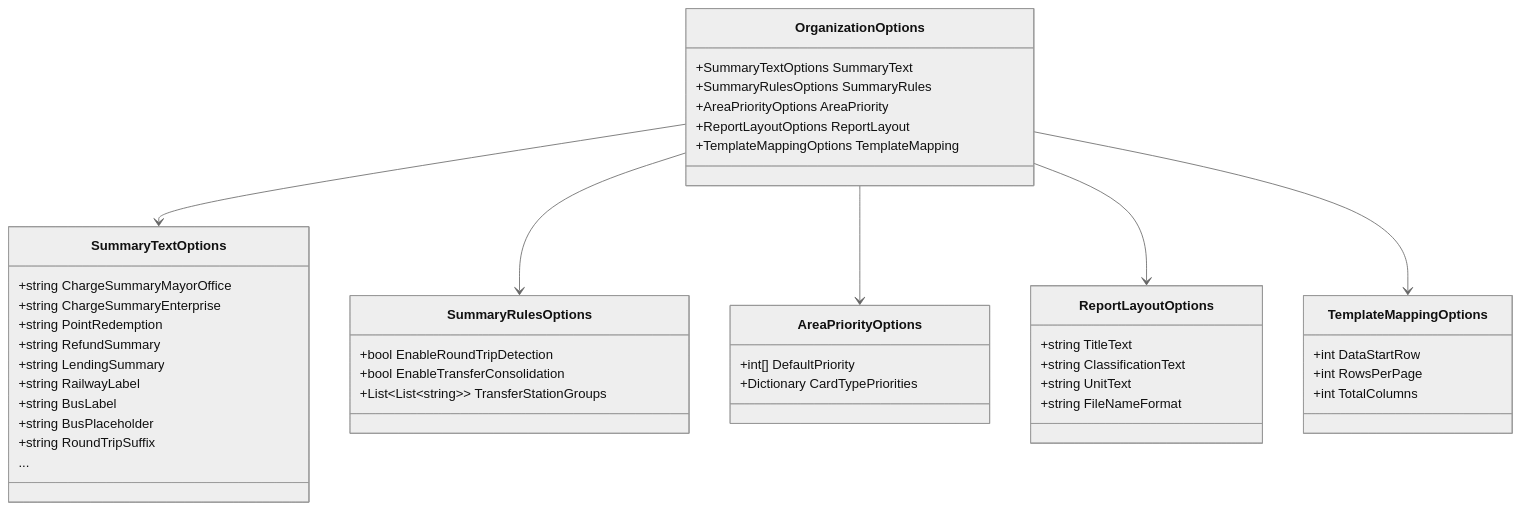
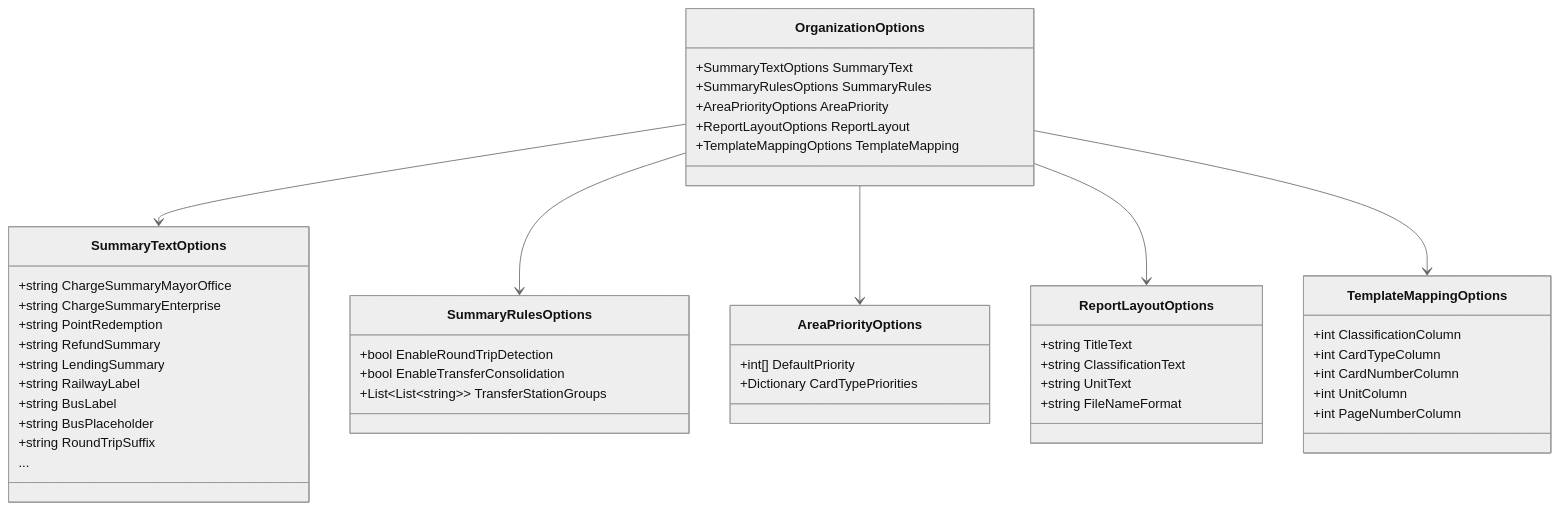
Diagram 19 of 52 in ICCardManager/docs/design/05_クラス設計書.md (kuwayamamasayuki/ICCardManager), drawn with Mermaid (neutral theme) before and after one commit. The commit also changed other lines of this file and 21 other files, not shown here.

````diff
--- a/ICCardManager/docs/design/05_クラス設計書.md
+++ b/ICCardManager/docs/design/05_クラス設計書.md
@@ -1370,53 +1371,55 @@
 ```mermaid
 classDiagram
     class OrganizationOptions {
         +SummaryTextOptions SummaryText
         +SummaryRulesOptions SummaryRules
         +AreaPriorityOptions AreaPriority
         +ReportLayoutOptions ReportLayout
         +TemplateMappingOptions TemplateMapping
     }
 
     class SummaryTextOptions {
         +string ChargeSummaryMayorOffice
         +string ChargeSummaryEnterprise
         +string PointRedemption
         +string RefundSummary
         +string LendingSummary
         +string RailwayLabel
         +string BusLabel
         +string BusPlaceholder
         +string RoundTripSuffix
         ...
     }
 
     class SummaryRulesOptions {
         +bool EnableRoundTripDetection
         +bool EnableTransferConsolidation
         +List~List~string~~ TransferStationGroups
     }
 
     class AreaPriorityOptions {
         +int[] DefaultPriority
         +Dictionary CardTypePriorities
     }
 
     class ReportLayoutOptions {
         +string TitleText
         +string ClassificationText
         +string UnitText
         +string FileNameFormat
     }
 
     class TemplateMappingOptions {
-        +int DataStartRow
-        +int RowsPerPage
-        +int TotalColumns
+        +int ClassificationColumn
+        +int CardTypeColumn
+        +int CardNumberColumn
+        +int UnitColumn
+        +int PageNumberColumn
     }
 
     OrganizationOptions --> SummaryTextOptions
     OrganizationOptions --> SummaryRulesOptions
     OrganizationOptions --> AreaPriorityOptions
     OrganizationOptions --> ReportLayoutOptions
     OrganizationOptions --> TemplateMappingOptions
 ```
````
